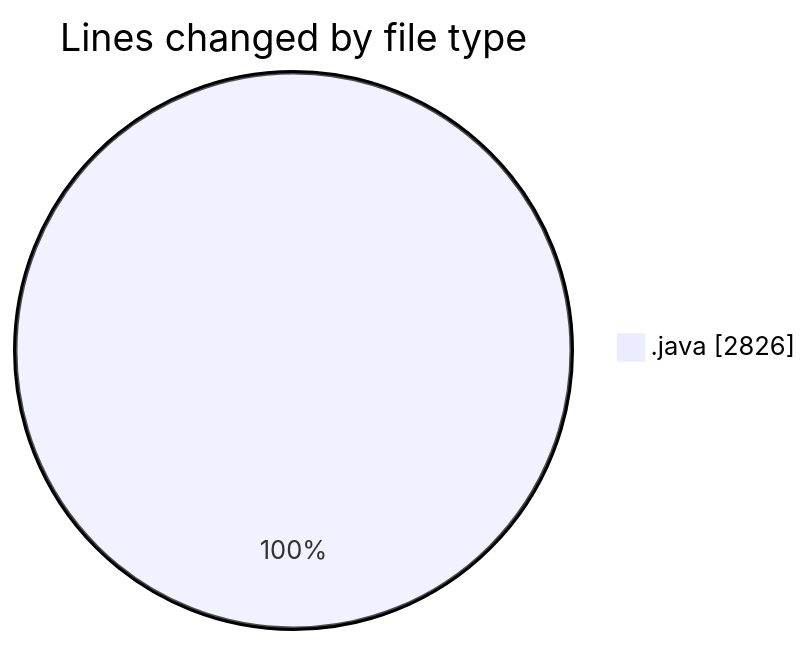
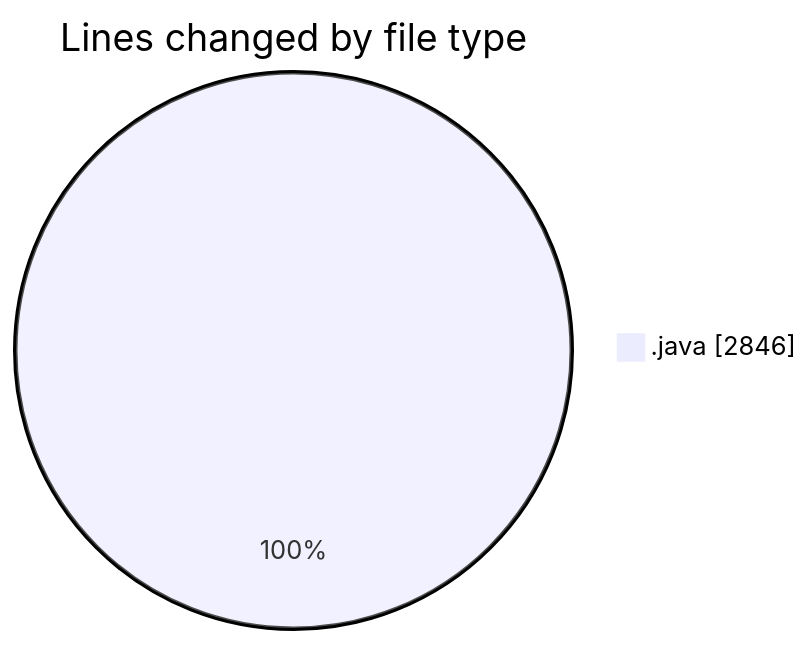
One commit to ricardozamudiocil/code-tracking changed the first of 2 diagrams in 2026-06-03/cilapp/README.md. Above: the diagram before and after it, drawn with Mermaid. The commit also changed other lines of this file and 1 other file, not shown here.

````diff
--- a/2026-06-03/cilapp/README.md
+++ b/2026-06-03/cilapp/README.md
@@ -23,5 +23,5 @@
 ```mermaid
 pie showData
 title Lines changed by file type
-".java" : 2826
+".java" : 2846
 ```
````
